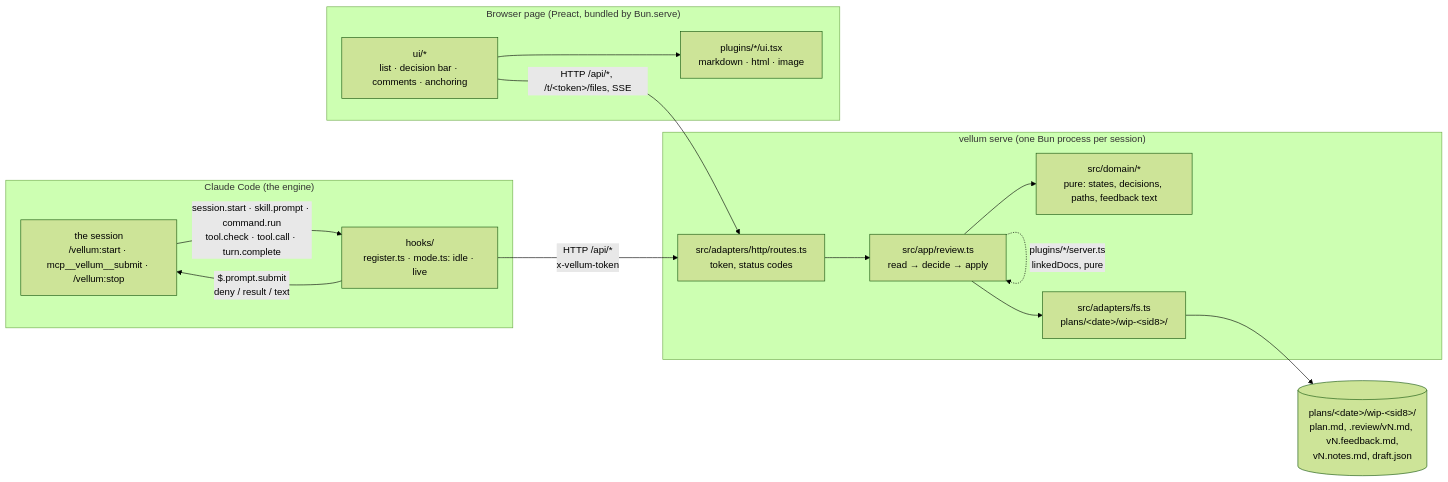
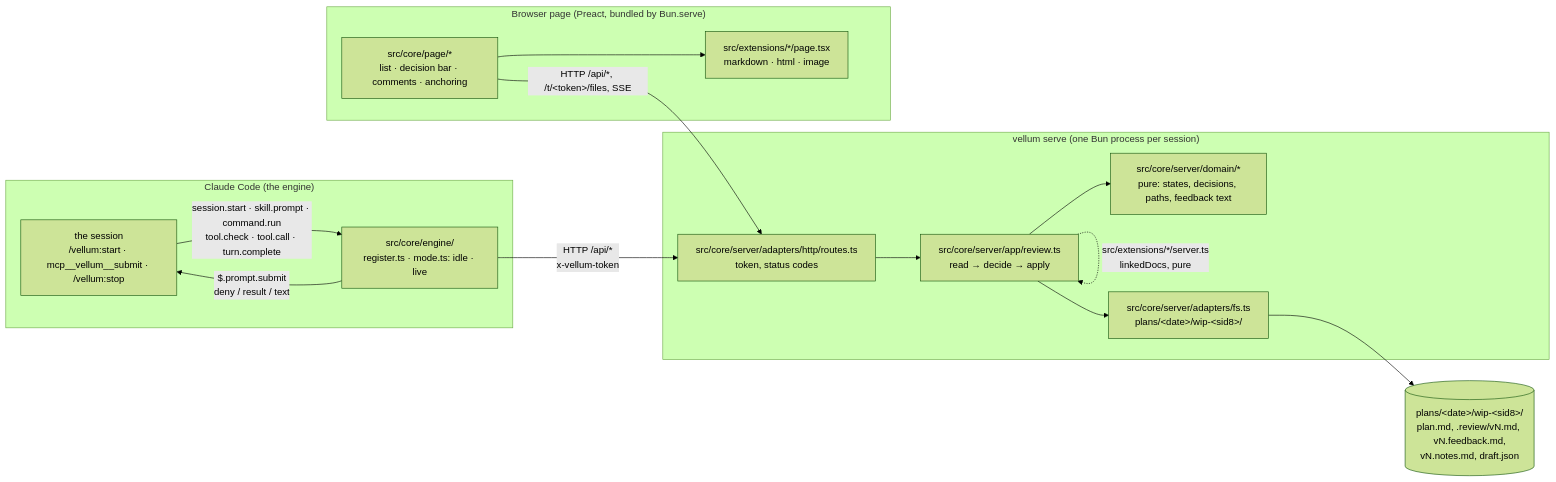
Before and after one commit to DYNOSuprovo/claude-code-plugins: the first of 4 diagrams in vellum/docs/architecture.md, drawn with Mermaid (forest theme). The commit also changed other lines of this file and 148 other files, not shown here.

````diff
--- a/vellum/docs/architecture.md
+++ b/vellum/docs/architecture.md
@@ -10,27 +10,27 @@
 ```mermaid
 flowchart LR
   subgraph engine["Claude Code (the engine)"]
     CC["the session<br/>/vellum:start · mcp__vellum__submit · /vellum:stop"]
-    M["hooks/<br/>register.ts · mode.ts: idle · live"]
+    M["src/core/engine/<br/>register.ts · mode.ts: idle · live"]
     CC -- "session.start · skill.prompt · command.run<br/>tool.check · tool.call · turn.complete" --> M
     M -- "$.prompt.submit<br/>deny / result / text" --> CC
   end
   subgraph server["vellum serve (one Bun process per session)"]
-    R["src/adapters/http/routes.ts<br/>token, status codes"]
-    A["src/app/review.ts<br/>read → decide → apply"]
-    T["src/domain/*<br/>pure: states, decisions, paths, feedback text"]
-    W["src/adapters/fs.ts<br/>plans/&lt;date&gt;/wip-&lt;sid8&gt;/"]
+    R["src/core/server/adapters/http/routes.ts<br/>token, status codes"]
+    A["src/core/server/app/review.ts<br/>read → decide → apply"]
+    T["src/core/server/domain/*<br/>pure: states, decisions, paths, feedback text"]
+    W["src/core/server/adapters/fs.ts<br/>plans/&lt;date&gt;/wip-&lt;sid8&gt;/"]
     R --> A --> T
     A --> W
   end
   subgraph page["Browser page (Preact, bundled by Bun.serve)"]
-    U["ui/*<br/>list · decision bar · comments · anchoring"]
-    P["plugins/*/ui.tsx<br/>markdown · html · image"]
+    U["src/core/page/*<br/>list · decision bar · comments · anchoring"]
+    P["src/extensions/*/page.tsx<br/>markdown · html · image"]
     U --> P
   end
   M -- "HTTP /api/*<br/>x-vellum-token" --> R
   U -- "HTTP /api/*, /t/&lt;token&gt;/files, SSE" --> R
-  A -. "plugins/*/server.ts<br/>linkedDocs, pure" .-> A
+  A -. "src/extensions/*/server.ts<br/>linkedDocs, pure" .-> A
   F[("plans/&lt;date&gt;/wip-&lt;sid8&gt;/<br/>plan.md, .review/vN.md, vN.feedback.md,<br/>vN.notes.md, draft.json")]
   W --> F
 ```
````
